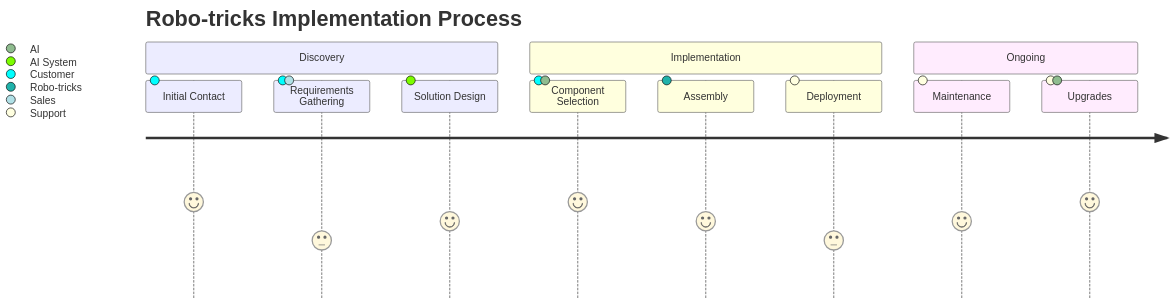
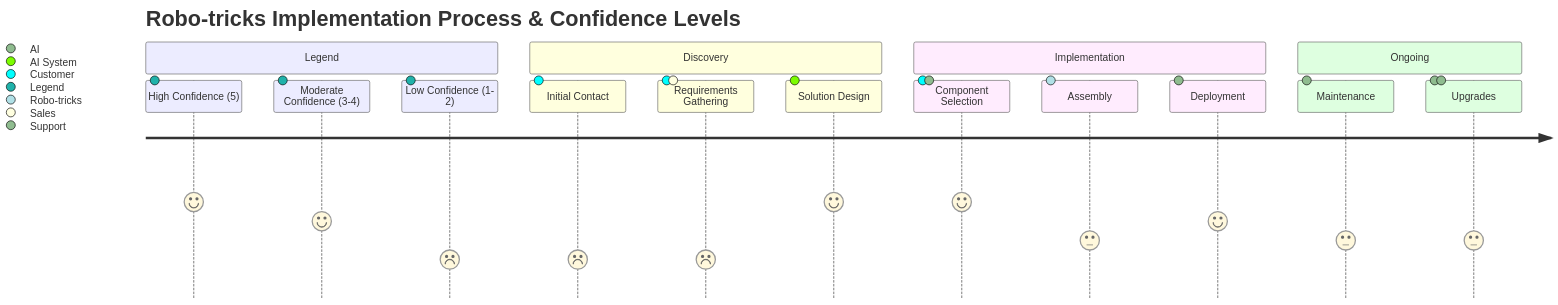
The fourth of 6 diagrams in Pitch/presentation.md (CatsMeow492/Sepulki), drawn with Mermaid before and after one commit.

Commit message:
confidence level

````diff
--- a/Pitch/presentation.md
+++ b/Pitch/presentation.md
@@ -131,15 +131,19 @@
 ```mermaid
 journey
-    title Robo-tricks Implementation Process
+    title Robo-tricks Implementation Process & Confidence Levels
+    section Legend
+      High Confidence (5): 5: Legend
+      Moderate Confidence (3-4): 4: Legend
+      Low Confidence (1-2): 2: Legend
     section Discovery
-      Initial Contact: 5: Customer
-      Requirements Gathering: 3: Customer, Sales
-      Solution Design: 4: AI System
+      Initial Contact: 2: Customer
+      Requirements Gathering: 2: Customer, Sales
+      Solution Design: 5: AI System
     section Implementation
       Component Selection: 5: Customer, AI
-      Assembly: 4: Robo-tricks
-      Deployment: 3: Support
+      Assembly: 3: Robo-tricks
+      Deployment: 4: Support
     section Ongoing
-      Maintenance: 4: Support
-      Upgrades: 5: Support, AI
+      Maintenance: 3: Support
+      Upgrades: 3: Support, AI
 ```
````
